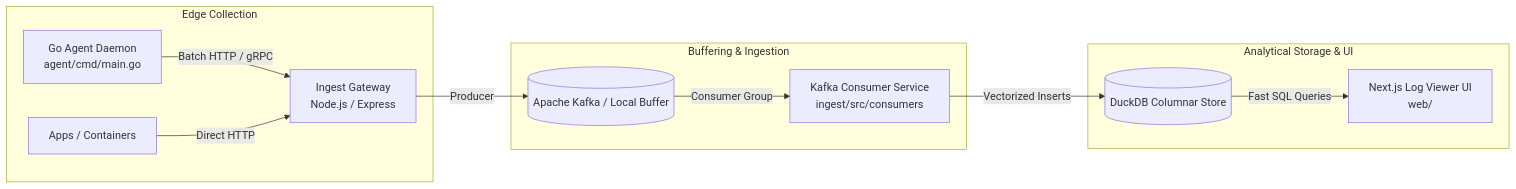
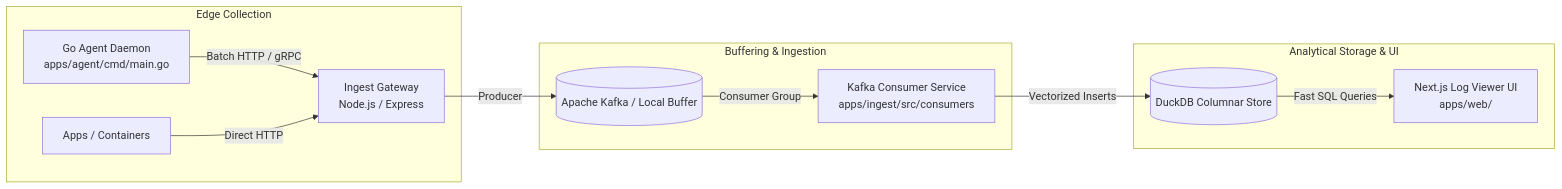
The diagram in README.md (yuvadevlab/devlab-logs), drawn with Mermaid before and after one commit. The commit also changed other lines of this file and 33 other files, not shown here.

````diff
--- a/README.md
+++ b/README.md
@@ -18,17 +18,17 @@
 ```mermaid
 graph LR
     subgraph Edge Collection
-        A[Go Agent Daemon<br/>agent/cmd/main.go] -->|Batch HTTP / gRPC| B[Ingest Gateway<br/>Node.js / Express]
+        A[Go Agent Daemon<br/>apps/agent/cmd/main.go] -->|Batch HTTP / gRPC| B[Ingest Gateway<br/>Node.js / Express]
         App[Apps / Containers] -->|Direct HTTP| B
     end
 
     subgraph Buffering & Ingestion
         B -->|Producer| C[(Apache Kafka / Local Buffer)]
-        C -->|Consumer Group| D[Kafka Consumer Service<br/>ingest/src/consumers]
+        C -->|Consumer Group| D[Kafka Consumer Service<br/>apps/ingest/src/consumers]
     end
 
     subgraph Analytical Storage & UI
         D -->|Vectorized Inserts| E[(DuckDB Columnar Store)]
-        E -->|Fast SQL Queries| F[Next.js Log Viewer UI<br/>web/]
+        E -->|Fast SQL Queries| F[Next.js Log Viewer UI<br/>apps/web/]
     end
 ```
````
